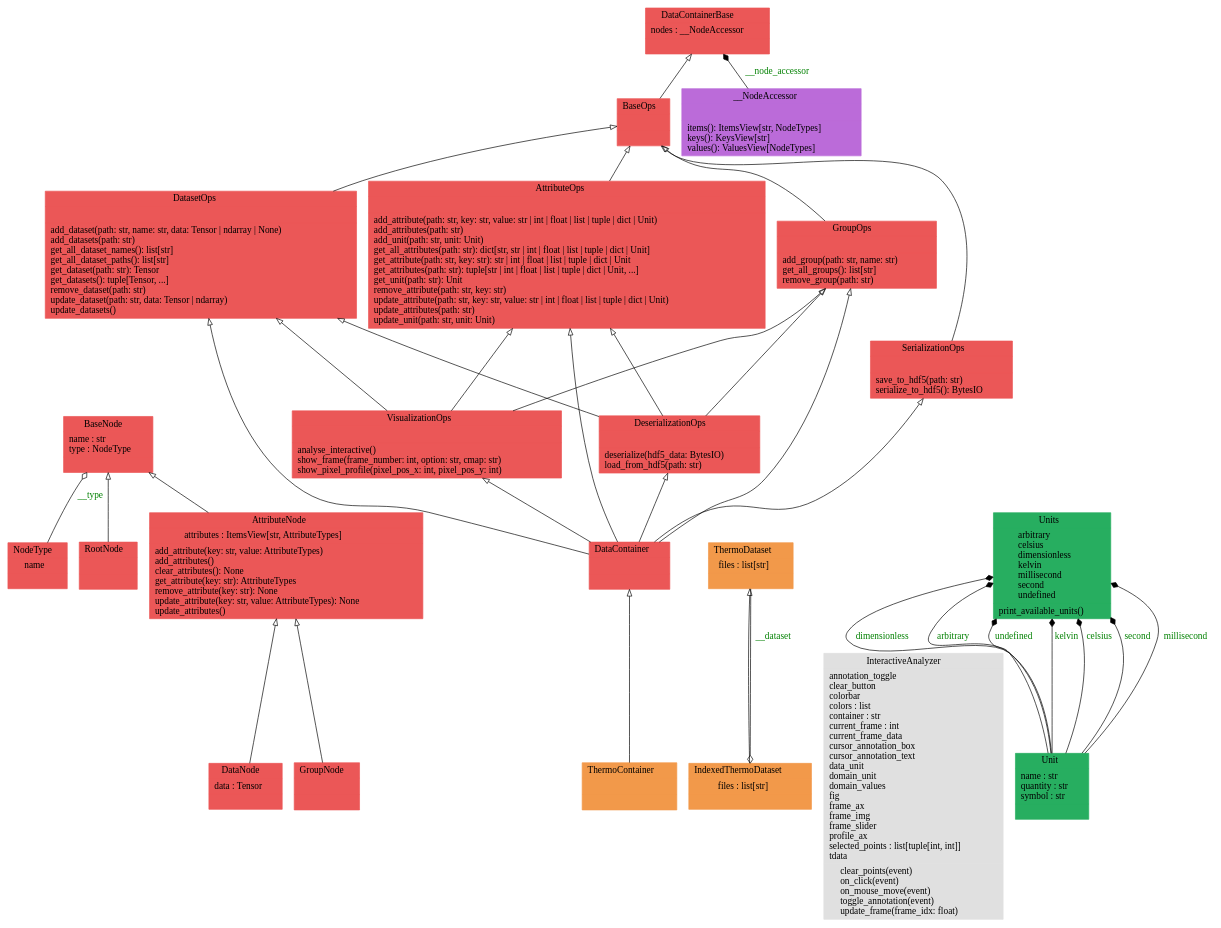
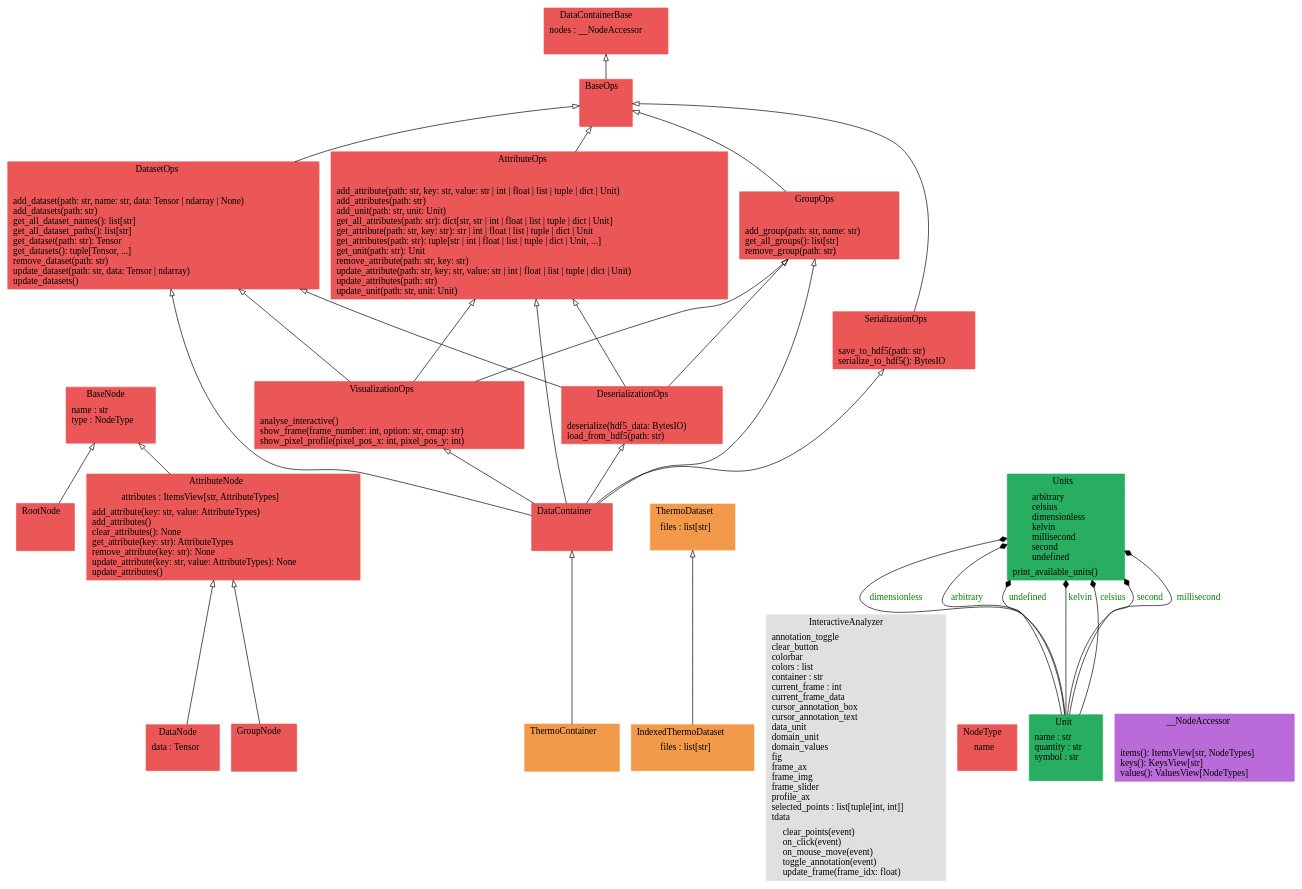
The diagram in docs/pyreverse/graphviz/classes_pythermondt.data.gv (voidsy-gmbh/pyThermoNDT), drawn with Graphviz before and after one commit. The commit also changed 14 other files, not shown here.

```diff
--- a/docs/pyreverse/graphviz/classes_pythermondt.data.gv
+++ b/docs/pyreverse/graphviz/classes_pythermondt.data.gv
@@ -1,59 +1,56 @@
 digraph "classes_pythermondt.data" {
 rankdir=BT
 charset="utf-8"
 "pythermondt.data.datacontainer.node.AttributeNode" [color="#EB5757", fontcolor="black", label=<{AttributeNode|attributes : ItemsView[str, AttributeTypes]<br ALIGN="LEFT"/>|add_attribute(key: str, value: AttributeTypes)<br ALIGN="LEFT"/>add_attributes()<br ALIGN="LEFT"/>clear_attributes(): None<br ALIGN="LEFT"/>get_attribute(key: str): AttributeTypes<br ALIGN="LEFT"/>remove_attribute(key: str): None<br ALIGN="LEFT"/>update_attribute(key: str, value: AttributeTypes): None<br ALIGN="LEFT"/>update_attributes()<br ALIGN="LEFT"/>}>, shape="record", style="filled"];
 "pythermondt.data.datacontainer.attribute_ops.AttributeOps" [color="#EB5757", fontcolor="black", label=<{AttributeOps|<br ALIGN="LEFT"/>|add_attribute(path: str, key: str, value: str \| int \| float \| list \| tuple \| dict \| Unit)<br ALIGN="LEFT"/>add_attributes(path: str)<br ALIGN="LEFT"/>add_unit(path: str, unit: Unit)<br ALIGN="LEFT"/>get_all_attributes(path: str): dict[str, str \| int \| float \| list \| tuple \| dict \| Unit]<br ALIGN="LEFT"/>get_attribute(path: str, key: str): str \| int \| float \| list \| tuple \| dict \| Unit<br ALIGN="LEFT"/>get_attributes(path: str): tuple[str \| int \| float \| list \| tuple \| dict \| Unit, ...]<br ALIGN="LEFT"/>get_unit(path: str): Unit<br ALIGN="LEFT"/>remove_attribute(path: str, key: str)<br ALIGN="LEFT"/>update_attribute(path: str, key: str, value: str \| int \| float \| list \| tuple \| dict \| Unit)<br ALIGN="LEFT"/>update_attributes(path: str)<br ALIGN="LEFT"/>update_unit(path: str, unit: Unit)<br ALIGN="LEFT"/>}>, shape="record", style="filled"];
 "pythermondt.data.datacontainer.node.BaseNode" [color="#EB5757", fontcolor="black", label=<{BaseNode|name : str<br ALIGN="LEFT"/>type : NodeType<br ALIGN="LEFT"/>|}>, shape="record", style="filled"];
 "pythermondt.data.datacontainer.base.BaseOps" [color="#EB5757", fontcolor="black", label=<{BaseOps|<br ALIGN="LEFT"/>|}>, shape="record", style="filled"];
 "pythermondt.data.datacontainer.core.DataContainer" [color="#EB5757", fontcolor="black", label=<{DataContainer|<br ALIGN="LEFT"/>|}>, shape="record", style="filled"];
 "pythermondt.data.datacontainer.base.DataContainerBase" [color="#EB5757", fontcolor="black", label=<{DataContainerBase|nodes : __NodeAccessor<br ALIGN="LEFT"/>|}>, shape="record", style="filled"];
 "pythermondt.data.datacontainer.node.DataNode" [color="#EB5757", fontcolor="black", label=<{DataNode|data : Tensor<br ALIGN="LEFT"/>|}>, shape="record", style="filled"];
 "pythermondt.data.datacontainer.dataset_ops.DatasetOps" [color="#EB5757", fontcolor="black", label=<{DatasetOps|<br ALIGN="LEFT"/>|add_dataset(path: str, name: str, data: Tensor \| ndarray \| None)<br ALIGN="LEFT"/>add_datasets(path: str)<br ALIGN="LEFT"/>get_all_dataset_names(): list[str]<br ALIGN="LEFT"/>get_all_dataset_paths(): list[str]<br ALIGN="LEFT"/>get_dataset(path: str): Tensor<br ALIGN="LEFT"/>get_datasets(): tuple[Tensor, ...]<br ALIGN="LEFT"/>remove_dataset(path: str)<br ALIGN="LEFT"/>update_dataset(path: str, data: Tensor \| ndarray)<br ALIGN="LEFT"/>update_datasets()<br ALIGN="LEFT"/>}>, shape="record", style="filled"];
 "pythermondt.data.datacontainer.serialization_ops.DeserializationOps" [color="#EB5757", fontcolor="black", label=<{DeserializationOps|<br ALIGN="LEFT"/>|deserialize(hdf5_data: BytesIO)<br ALIGN="LEFT"/>load_from_hdf5(path: str)<br ALIGN="LEFT"/>}>, shape="record", style="filled"];
 "pythermondt.data.datacontainer.node.GroupNode" [color="#EB5757", fontcolor="black", label=<{GroupNode|<br ALIGN="LEFT"/>|}>, shape="record", style="filled"];
 "pythermondt.data.datacontainer.group_ops.GroupOps" [color="#EB5757", fontcolor="black", label=<{GroupOps|<br ALIGN="LEFT"/>|add_group(path: str, name: str)<br ALIGN="LEFT"/>get_all_groups(): list[str]<br ALIGN="LEFT"/>remove_group(path: str)<br ALIGN="LEFT"/>}>, shape="record", style="filled"];
 "pythermondt.data.thermo_dataset.IndexedThermoDataset" [color="#F2994A", fontcolor="black", label=<{IndexedThermoDataset|files : list[str]<br ALIGN="LEFT"/>|}>, shape="record", style="filled"];
 "pythermondt.data.datacontainer.visualization_ops.VisualizationOps.InteractiveAnalyzer" [color="#E0E0E0", fontcolor="black", label=<{InteractiveAnalyzer|annotation_toggle<br ALIGN="LEFT"/>clear_button<br ALIGN="LEFT"/>colorbar<br ALIGN="LEFT"/>colors : list<br ALIGN="LEFT"/>container : str<br ALIGN="LEFT"/>current_frame : int<br ALIGN="LEFT"/>current_frame_data<br ALIGN="LEFT"/>cursor_annotation_box<br ALIGN="LEFT"/>cursor_annotation_text<br ALIGN="LEFT"/>data_unit<br ALIGN="LEFT"/>domain_unit<br ALIGN="LEFT"/>domain_values<br ALIGN="LEFT"/>fig<br ALIGN="LEFT"/>frame_ax<br ALIGN="LEFT"/>frame_img<br ALIGN="LEFT"/>frame_slider<br ALIGN="LEFT"/>profile_ax<br ALIGN="LEFT"/>selected_points : list[tuple[int, int]]<br ALIGN="LEFT"/>tdata<br ALIGN="LEFT"/>|clear_points(event)<br ALIGN="LEFT"/>on_click(event)<br ALIGN="LEFT"/>on_mouse_move(event)<br ALIGN="LEFT"/>toggle_annotation(event)<br ALIGN="LEFT"/>update_frame(frame_idx: float)<br ALIGN="LEFT"/>}>, shape="record", style="filled"];
 "pythermondt.data.datacontainer.node.NodeType" [color="#EB5757", fontcolor="black", label=<{NodeType|name<br ALIGN="LEFT"/>|}>, shape="record", style="filled"];
 "pythermondt.data.datacontainer.node.RootNode" [color="#EB5757", fontcolor="black", label=<{RootNode|<br ALIGN="LEFT"/>|}>, shape="record", style="filled"];
 "pythermondt.data.datacontainer.serialization_ops.SerializationOps" [color="#EB5757", fontcolor="black", label=<{SerializationOps|<br ALIGN="LEFT"/>|save_to_hdf5(path: str)<br ALIGN="LEFT"/>serialize_to_hdf5(): BytesIO<br ALIGN="LEFT"/>}>, shape="record", style="filled"];
 "pythermondt.data.thermo_container.ThermoContainer" [color="#F2994A", fontcolor="black", label=<{ThermoContainer|<br ALIGN="LEFT"/>|}>, shape="record", style="filled"];
 "pythermondt.data.thermo_dataset.ThermoDataset" [color="#F2994A", fontcolor="black", label=<{ThermoDataset|files : list[str]<br ALIGN="LEFT"/>|}>, shape="record", style="filled"];
 "pythermondt.data.units._unit.Unit" [color="#27AE60", fontcolor="black", label=<{Unit|name : str<br ALIGN="LEFT"/>quantity : str<br ALIGN="LEFT"/>symbol : str<br ALIGN="LEFT"/>|}>, shape="record", style="filled"];
 "pythermondt.data.units.units.Units" [color="#27AE60", fontcolor="black", label=<{Units|arbitrary<br ALIGN="LEFT"/>celsius<br ALIGN="LEFT"/>dimensionless<br ALIGN="LEFT"/>kelvin<br ALIGN="LEFT"/>millisecond<br ALIGN="LEFT"/>second<br ALIGN="LEFT"/>undefined<br ALIGN="LEFT"/>|print_available_units()<br ALIGN="LEFT"/>}>, shape="record", style="filled"];
 "pythermondt.data.datacontainer.visualization_ops.VisualizationOps" [color="#EB5757", fontcolor="black", label=<{VisualizationOps|<br ALIGN="LEFT"/>|analyse_interactive()<br ALIGN="LEFT"/>show_frame(frame_number: int, option: str, cmap: str)<br ALIGN="LEFT"/>show_pixel_profile(pixel_pos_x: int, pixel_pos_y: int)<br ALIGN="LEFT"/>}>, shape="record", style="filled"];
 "pythermondt.data.datacontainer.base.DataContainerBase.__NodeAccessor" [color="#BB6BD9", fontcolor="black", label=<{__NodeAccessor|<br ALIGN="LEFT"/>|items(): ItemsView[str, NodeTypes]<br ALIGN="LEFT"/>keys(): KeysView[str]<br ALIGN="LEFT"/>values(): ValuesView[NodeTypes]<br ALIGN="LEFT"/>}>, shape="record", style="filled"];
 "pythermondt.data.datacontainer.attribute_ops.AttributeOps" -> "pythermondt.data.datacontainer.base.BaseOps" [arrowhead="empty", arrowtail="none"];
 "pythermondt.data.datacontainer.base.BaseOps" -> "pythermondt.data.datacontainer.base.DataContainerBase" [arrowhead="empty", arrowtail="none"];
 "pythermondt.data.datacontainer.core.DataContainer" -> "pythermondt.data.datacontainer.attribute_ops.AttributeOps" [arrowhead="empty", arrowtail="none"];
 "pythermondt.data.datacontainer.core.DataContainer" -> "pythermondt.data.datacontainer.dataset_ops.DatasetOps" [arrowhead="empty", arrowtail="none"];
 "pythermondt.data.datacontainer.core.DataContainer" -> "pythermondt.data.datacontainer.group_ops.GroupOps" [arrowhead="empty", arrowtail="none"];
 "pythermondt.data.datacontainer.core.DataContainer" -> "pythermondt.data.datacontainer.serialization_ops.DeserializationOps" [arrowhead="empty", arrowtail="none"];
 "pythermondt.data.datacontainer.core.DataContainer" -> "pythermondt.data.datacontainer.serialization_ops.SerializationOps" [arrowhead="empty", arrowtail="none"];
 "pythermondt.data.datacontainer.core.DataContainer" -> "pythermondt.data.datacontainer.visualization_ops.VisualizationOps" [arrowhead="empty", arrowtail="none"];
 "pythermondt.data.datacontainer.dataset_ops.DatasetOps" -> "pythermondt.data.datacontainer.base.BaseOps" [arrowhead="empty", arrowtail="none"];
 "pythermondt.data.datacontainer.group_ops.GroupOps" -> "pythermondt.data.datacontainer.base.BaseOps" [arrowhead="empty", arrowtail="none"];
 "pythermondt.data.datacontainer.node.AttributeNode" -> "pythermondt.data.datacontainer.node.BaseNode" [arrowhead="empty", arrowtail="none"];
 "pythermondt.data.datacontainer.node.DataNode" -> "pythermondt.data.datacontainer.node.AttributeNode" [arrowhead="empty", arrowtail="none"];
 "pythermondt.data.datacontainer.node.GroupNode" -> "pythermondt.data.datacontainer.node.AttributeNode" [arrowhead="empty", arrowtail="none"];
 "pythermondt.data.datacontainer.node.RootNode" -> "pythermondt.data.datacontainer.node.BaseNode" [arrowhead="empty", arrowtail="none"];
 "pythermondt.data.datacontainer.serialization_ops.DeserializationOps" -> "pythermondt.data.datacontainer.attribute_ops.AttributeOps" [arrowhead="empty", arrowtail="none"];
 "pythermondt.data.datacontainer.serialization_ops.DeserializationOps" -> "pythermondt.data.datacontainer.dataset_ops.DatasetOps" [arrowhead="empty", arrowtail="none"];
 "pythermondt.data.datacontainer.serialization_ops.DeserializationOps" -> "pythermondt.data.datacontainer.group_ops.GroupOps" [arrowhead="empty", arrowtail="none"];
 "pythermondt.data.datacontainer.serialization_ops.SerializationOps" -> "pythermondt.data.datacontainer.base.BaseOps" [arrowhead="empty", arrowtail="none"];
 "pythermondt.data.datacontainer.visualization_ops.VisualizationOps" -> "pythermondt.data.datacontainer.attribute_ops.AttributeOps" [arrowhead="empty", arrowtail="none"];
 "pythermondt.data.datacontainer.visualization_ops.VisualizationOps" -> "pythermondt.data.datacontainer.dataset_ops.DatasetOps" [arrowhead="empty", arrowtail="none"];
 "pythermondt.data.datacontainer.visualization_ops.VisualizationOps" -> "pythermondt.data.datacontainer.group_ops.GroupOps" [arrowhead="empty", arrowtail="none"];
 "pythermondt.data.thermo_container.ThermoContainer" -> "pythermondt.data.datacontainer.core.DataContainer" [arrowhead="empty", arrowtail="none"];
 "pythermondt.data.thermo_dataset.IndexedThermoDataset" -> "pythermondt.data.thermo_dataset.ThermoDataset" [arrowhead="empty", arrowtail="none"];
-"pythermondt.data.datacontainer.base.DataContainerBase.__NodeAccessor" -> "pythermondt.data.datacontainer.base.DataContainerBase" [arrowhead="diamond", arrowtail="none", fontcolor="green", label="__node_accessor", style="solid"];
 "pythermondt.data.units._unit.Unit" -> "pythermondt.data.units.units.Units" [arrowhead="diamond", arrowtail="none", fontcolor="green", label="dimensionless", style="solid"];
 "pythermondt.data.units._unit.Unit" -> "pythermondt.data.units.units.Units" [arrowhead="diamond", arrowtail="none", fontcolor="green", label="arbitrary", style="solid"];
 "pythermondt.data.units._unit.Unit" -> "pythermondt.data.units.units.Units" [arrowhead="diamond", arrowtail="none", fontcolor="green", label="undefined", style="solid"];
 "pythermondt.data.units._unit.Unit" -> "pythermondt.data.units.units.Units" [arrowhead="diamond", arrowtail="none", fontcolor="green", label="kelvin", style="solid"];
 "pythermondt.data.units._unit.Unit" -> "pythermondt.data.units.units.Units" [arrowhead="diamond", arrowtail="none", fontcolor="green", label="celsius", style="solid"];
 "pythermondt.data.units._unit.Unit" -> "pythermondt.data.units.units.Units" [arrowhead="diamond", arrowtail="none", fontcolor="green", label="second", style="solid"];
 "pythermondt.data.units._unit.Unit" -> "pythermondt.data.units.units.Units" [arrowhead="diamond", arrowtail="none", fontcolor="green", label="millisecond", style="solid"];
-"pythermondt.data.datacontainer.node.NodeType" -> "pythermondt.data.datacontainer.node.BaseNode" [arrowhead="odiamond", arrowtail="none", fontcolor="green", label="__type", style="solid"];
-"pythermondt.data.thermo_dataset.ThermoDataset" -> "pythermondt.data.thermo_dataset.IndexedThermoDataset" [arrowhead="odiamond", arrowtail="none", fontcolor="green", label="__dataset", style="solid"];
 }
```
